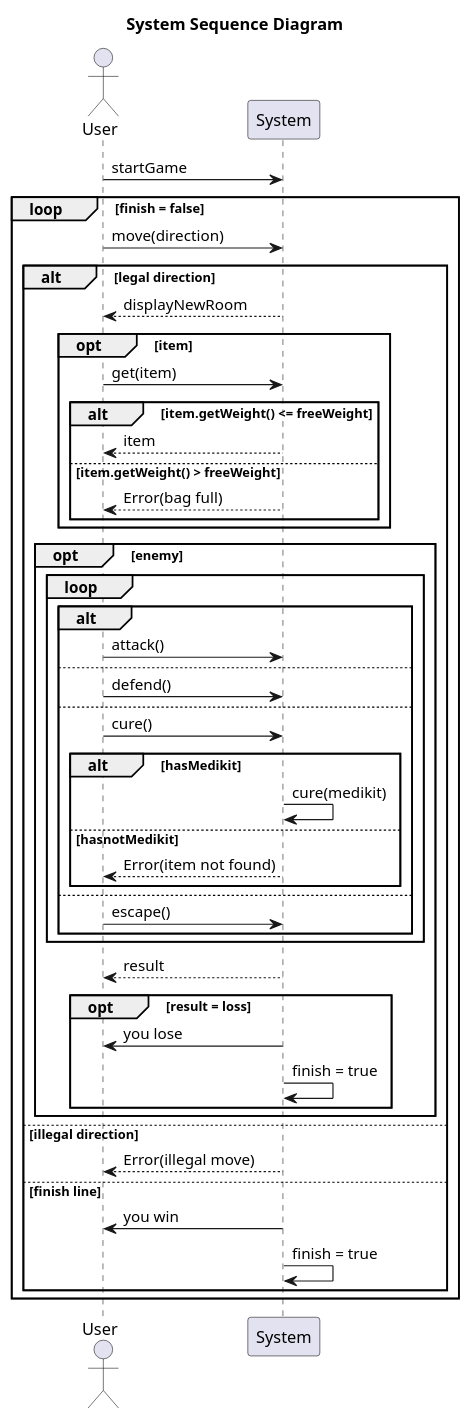
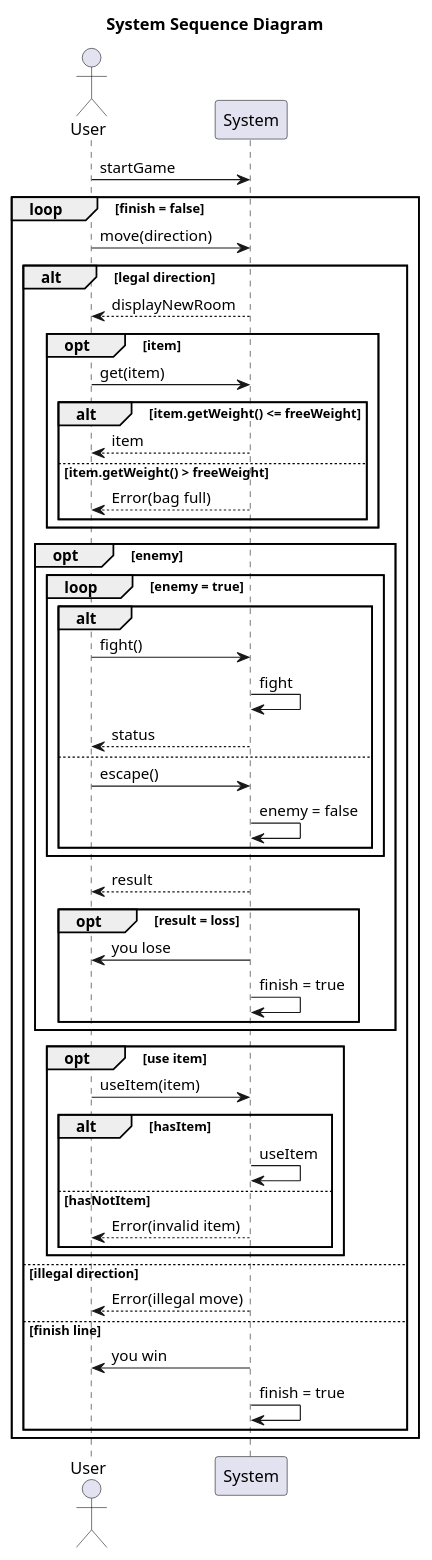
One commit to EDIDS/EDIDS_Proj changed the diagram in src/main/java/com/extraction/uml/uml diagrams/System-Sequence-Diagram.puml. Above: the diagram before and after it, drawn with PlantUML.

Commit message:
Updated system sequence diagram.

```diff
--- a/src/main/java/com/extraction/uml/uml diagrams/System-Sequence-Diagram.puml
+++ b/src/main/java/com/extraction/uml/uml diagrams/System-Sequence-Diagram.puml
@@ -1,52 +1,54 @@
 @startuml
 
 title System Sequence Diagram
 
 actor User
 participant System
 
 User -> System : startGame
 loop finish = false
-  User -> System : move(direction)
-  alt legal direction
-    System --> User : displayNewRoom
-    opt item
-      User -> System : get(item)
-      alt item.getWeight() <= freeWeight
-        return item
-      else item.getWeight() > freeWeight
-        System --> User : Error(bag full)
-      end
+    User -> System : move(direction)
+    alt legal direction
+        System --> User : displayNewRoom
+        opt item
+            User -> System : get(item)
+            alt item.getWeight() <= freeWeight
+                return item
+            else item.getWeight() > freeWeight
+                System --> User : Error(bag full)
+            end
+        end
+        opt enemy
+            loop enemy = true
+                alt
+                    User -> System : fight()
+                    System -> System : fight
+                    System --> User : status
+                else
+                    User -> System : escape()
+                    System -> System : enemy = false
+                end
+            end
+            System --> User : result
+            opt result = loss
+                System -> User : you lose
+                System -> System : finish = true
+            end
+        end
+    opt use item
+        User -> System : useItem(item)
+        alt hasItem
+            System -> System : useItem
+        else hasNotItem
+            System --> User : Error(invalid item)
+        end
     end
-    opt enemy
-      loop
-        alt
-          User -> System : attack()
-        else
-          User -> System : defend()
-        else
-          User -> System : cure()
-          alt hasMedikit  
-            System -> System : cure(medikit)
-          else hasnotMedikit
-            System --> User : Error(item not found)
-          end
-        else
-          User -> System : escape()
-        end
-      end
-      System --> User : result
-      opt result = loss
-        System -> User : you lose
-        System -> System : finish = true
-      end
-    end 
   else illegal direction
     System --> User : Error(illegal move)
   else finish line
     System -> User : you win
     System -> System : finish = true
   end
 end
 
 @enduml
```
